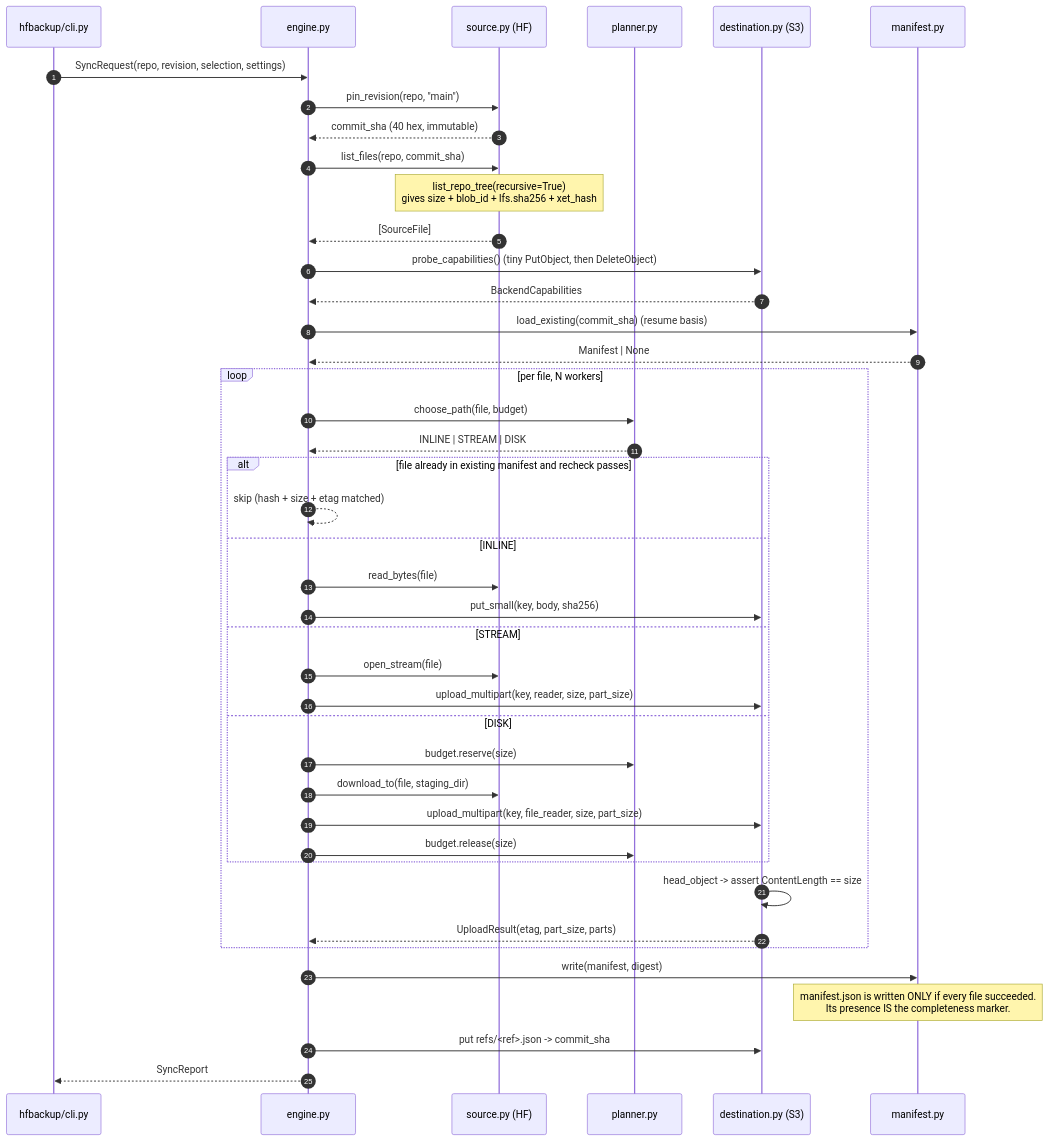
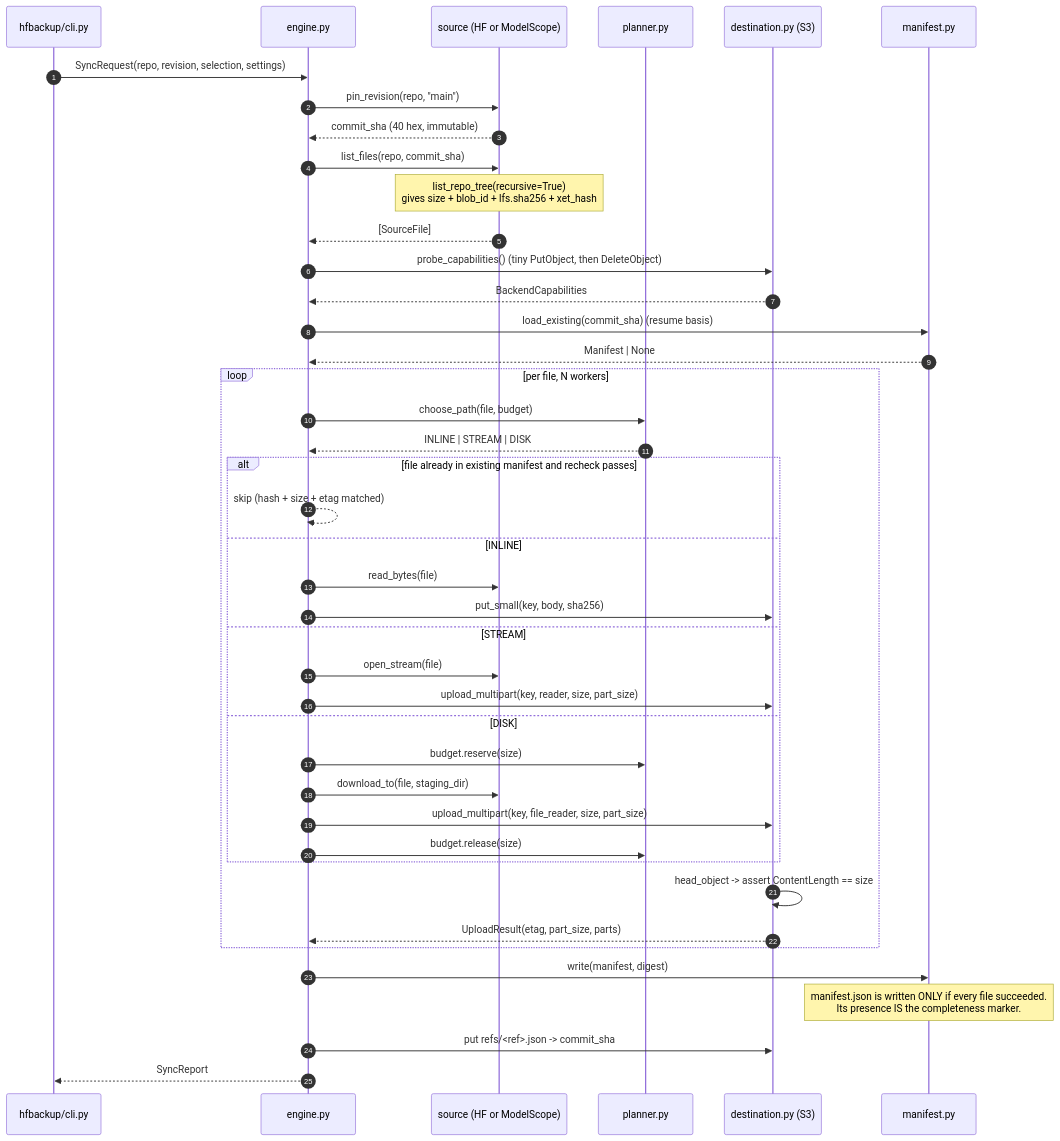
One commit to bauer-group/XPD-AIModelManagement changed the second of 8 diagrams in docs/architecture.md. Above: the diagram before and after it, drawn with Mermaid. The commit also changed other lines of this file and 22 other files, not shown here.

````diff
--- a/docs/architecture.md
+++ b/docs/architecture.md
@@ -164,45 +165,45 @@
 ```mermaid
 sequenceDiagram
   autonumber
   participant CLI as hfbackup/cli.py
   participant EN as engine.py
-  participant SRC as source.py (HF)
+  participant SRC as source (HF or ModelScope)
   participant PL as planner.py
   participant DST as destination.py (S3)
   participant MAN as manifest.py
 
   CLI->>EN: SyncRequest(repo, revision, selection, settings)
   EN->>SRC: pin_revision(repo, "main")
   SRC-->>EN: commit_sha (40 hex, immutable)
   EN->>SRC: list_files(repo, commit_sha)
   Note over SRC: list_repo_tree(recursive=True)<br/>gives size + blob_id + lfs.sha256 + xet_hash
   SRC-->>EN: [SourceFile]
   EN->>DST: probe_capabilities()  (tiny PutObject, then DeleteObject)
   DST-->>EN: BackendCapabilities
   EN->>MAN: load_existing(commit_sha)  (resume basis)
   MAN-->>EN: Manifest | None
   loop per file, N workers
     EN->>PL: choose_path(file, budget)
     PL-->>EN: INLINE | STREAM | DISK
     alt file already in existing manifest and recheck passes
       EN-->>EN: skip (hash + size + etag matched)
     else INLINE
       EN->>SRC: read_bytes(file)
       EN->>DST: put_small(key, body, sha256)
     else STREAM
       EN->>SRC: open_stream(file)
       EN->>DST: upload_multipart(key, reader, size, part_size)
     else DISK
       EN->>PL: budget.reserve(size)
       EN->>SRC: download_to(file, staging_dir)
       EN->>DST: upload_multipart(key, file_reader, size, part_size)
       EN->>PL: budget.release(size)
     end
     DST->>DST: head_object -> assert ContentLength == size
     DST-->>EN: UploadResult(etag, part_size, parts)
   end
   EN->>MAN: write(manifest, digest)
   Note over MAN: manifest.json is written ONLY if every file succeeded.<br/>Its presence IS the completeness marker.
   EN->>DST: put refs/<ref>.json -> commit_sha
   EN-->>CLI: SyncReport
 ```
````
